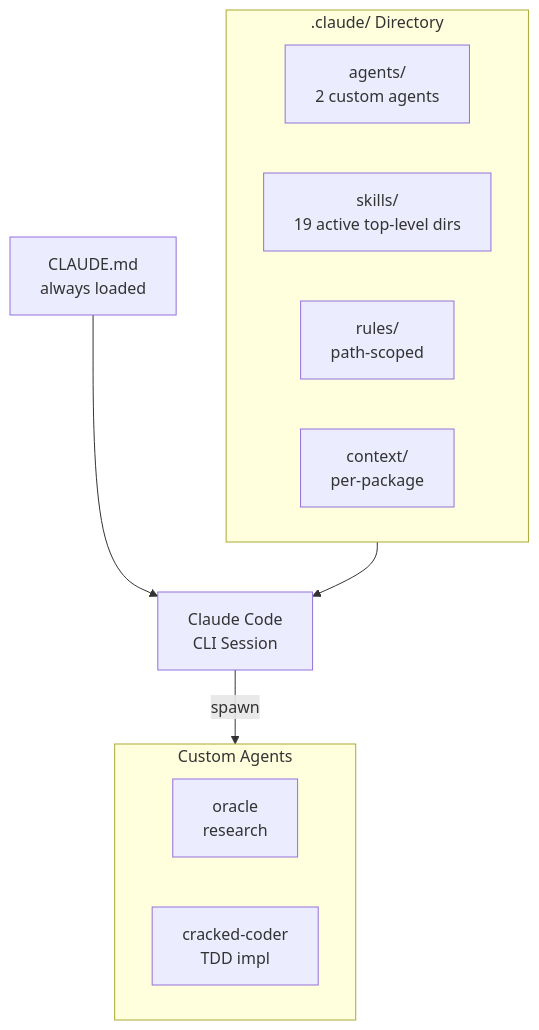
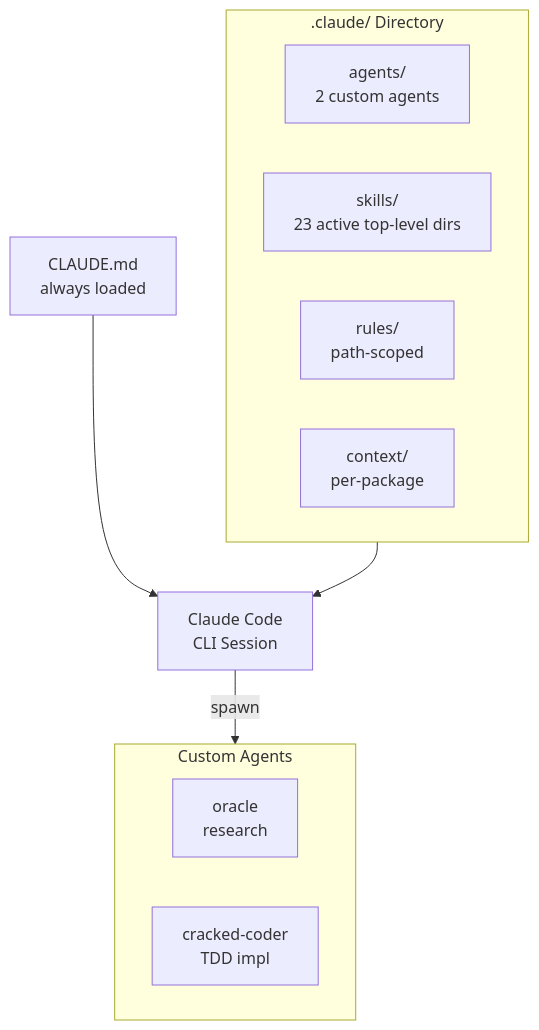
The diagram in docs/docs/builders/agentic/claude-code.mdx (greenpill-dev-guild/green-goods), drawn with Mermaid before and after one commit. The commit also changed other lines of this file and 18 other files, not shown here.

````diff
--- a/docs/docs/builders/agentic/claude-code.mdx
+++ b/docs/docs/builders/agentic/claude-code.mdx
@@ -21,19 +21,19 @@
 ```mermaid
 graph TB
     subgraph Config[".claude/ Directory"]
         Agents["agents/\n2 custom agents"]
-        Skills["skills/\n19 active top-level dirs"]
+        Skills["skills/\n23 active top-level dirs"]
         Rules["rules/\npath-scoped"]
         Context["context/\nper-package"]
     end
 
     CLAUDE["CLAUDE.md\nalways loaded"] --> Session["Claude Code\nCLI Session"]
     Config --> Session
 
     subgraph AgentTypes["Custom Agents"]
         Oracle["oracle\nresearch"]
         Cracked["cracked-coder\nTDD impl"]
     end
 
     Session -->|spawn| AgentTypes
 ```
````
